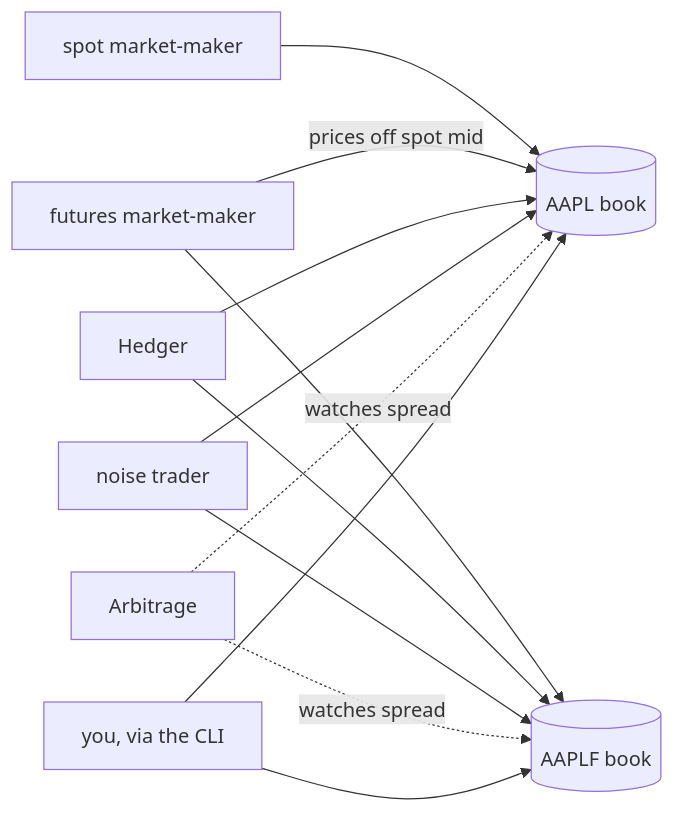
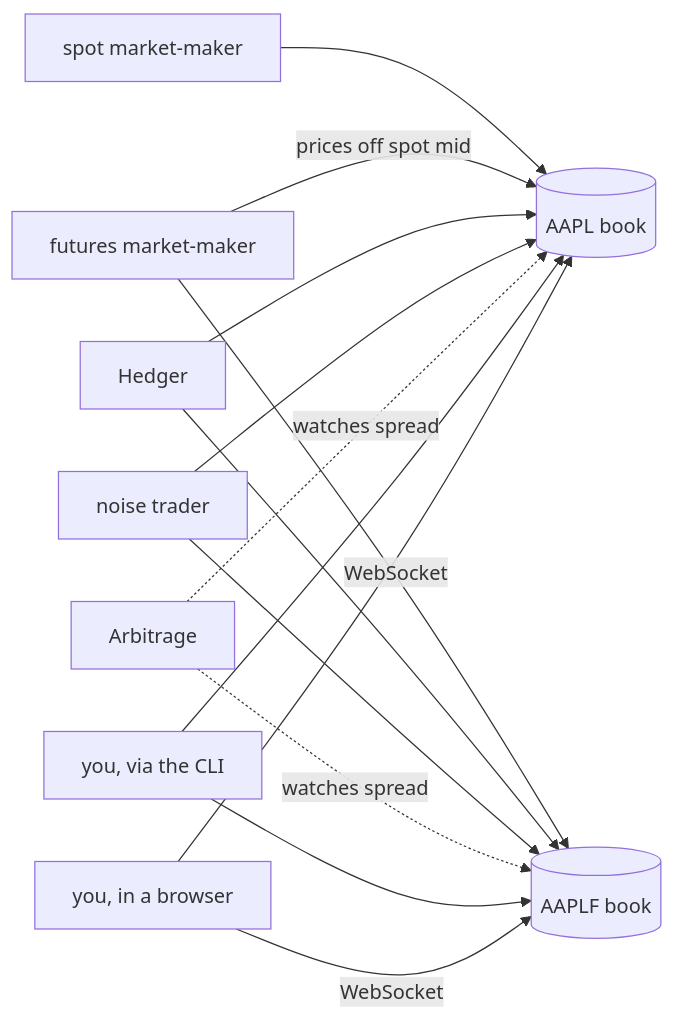
One commit to guilhermemcandido/janus changed the diagram in README.md. Above: the diagram before and after it, drawn with Mermaid. The commit also changed other lines of this file and 5 other files, not shown here.

First line of the commit message:
Move ARCHITECTURE.md into docs/, add screenshots and a demo GIF

````diff
--- a/README.md
+++ b/README.md
@@ -5,14 +5,16 @@
 ```mermaid
 flowchart LR
     Spot[spot market-maker] --> AAPL[(AAPL book)]
     Futures[futures market-maker] -->|prices off spot mid| AAPL
     Futures --> AAPLF[(AAPLF book)]
     Hedger --> AAPL
     Hedger --> AAPLF
     Noise[noise trader] --> AAPL
     Noise --> AAPLF
     Arbitrage -.->|watches spread| AAPL
     Arbitrage -.->|watches spread| AAPLF
     You[you, via the CLI] --> AAPL
     You --> AAPLF
+    Browser[you, in a browser] -->|WebSocket| AAPL
+    Browser -->|WebSocket| AAPLF
 ```
````
